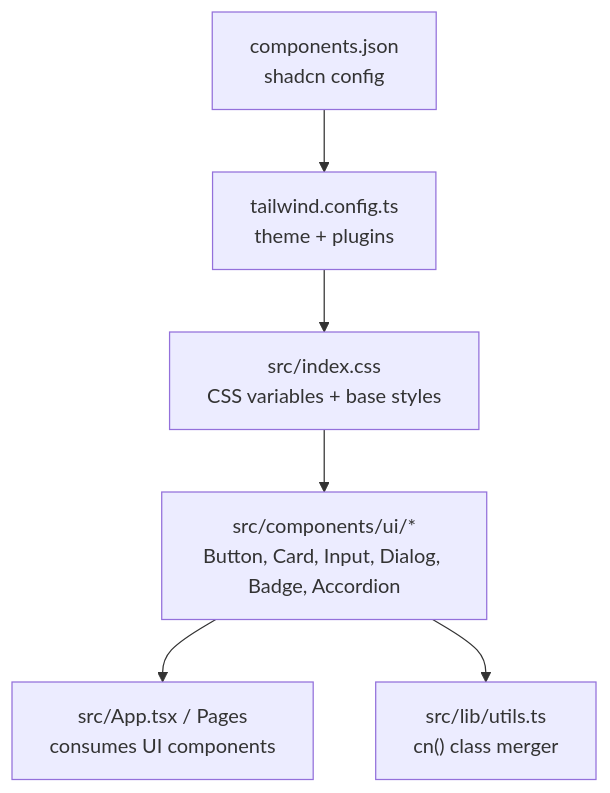
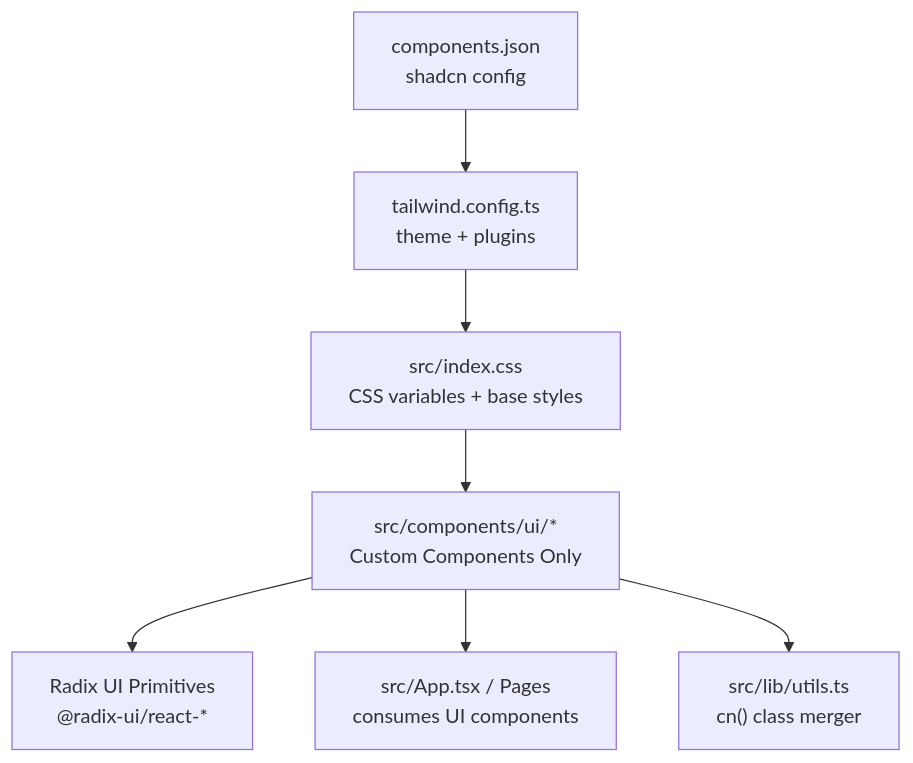
Before and after one commit to MudassarAbrar/FreshRoute-Ai: the first of 5 diagrams in .qoder/repowiki/en/content/Core Components/Shadcn UI Component Library.md, drawn with Mermaid. The commit also changed other lines of this file and 10 other files, not shown here.

````diff
--- a/.qoder/repowiki/en/content/Core Components/Shadcn UI Component Library.md
+++ b/.qoder/repowiki/en/content/Core Components/Shadcn UI Component Library.md
@@ -36,8 +46,9 @@
 ```mermaid
 graph TB
 A["components.json<br/>shadcn config"] --> B["tailwind.config.ts<br/>theme + plugins"]
 B --> C["src/index.css<br/>CSS variables + base styles"]
-C --> D["src/components/ui/*<br/>Button, Card, Input, Dialog, Badge, Accordion"]
-D --> E["src/App.tsx / Pages<br/>consumes UI components"]
-D --> F["src/lib/utils.ts<br/>cn() class merger"]
+C --> D["src/components/ui/*<br/>Custom Components Only"]
+D --> E["Radix UI Primitives<br/>@radix-ui/react-*"]
+D --> F["src/App.tsx / Pages<br/>consumes UI components"]
+D --> G["src/lib/utils.ts<br/>cn() class merger"]
 ```
````
